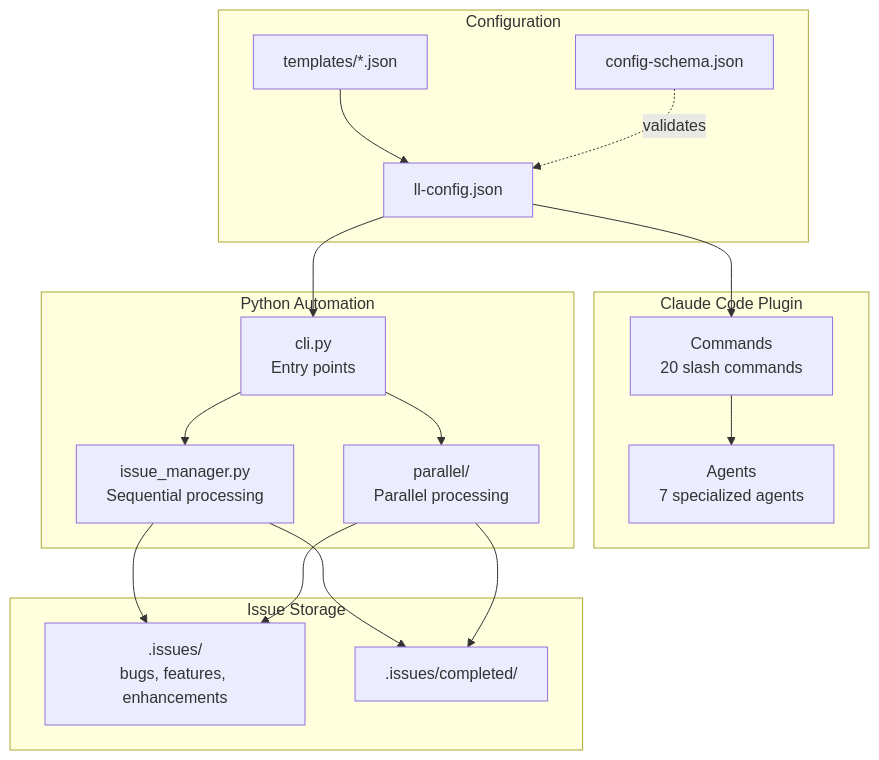
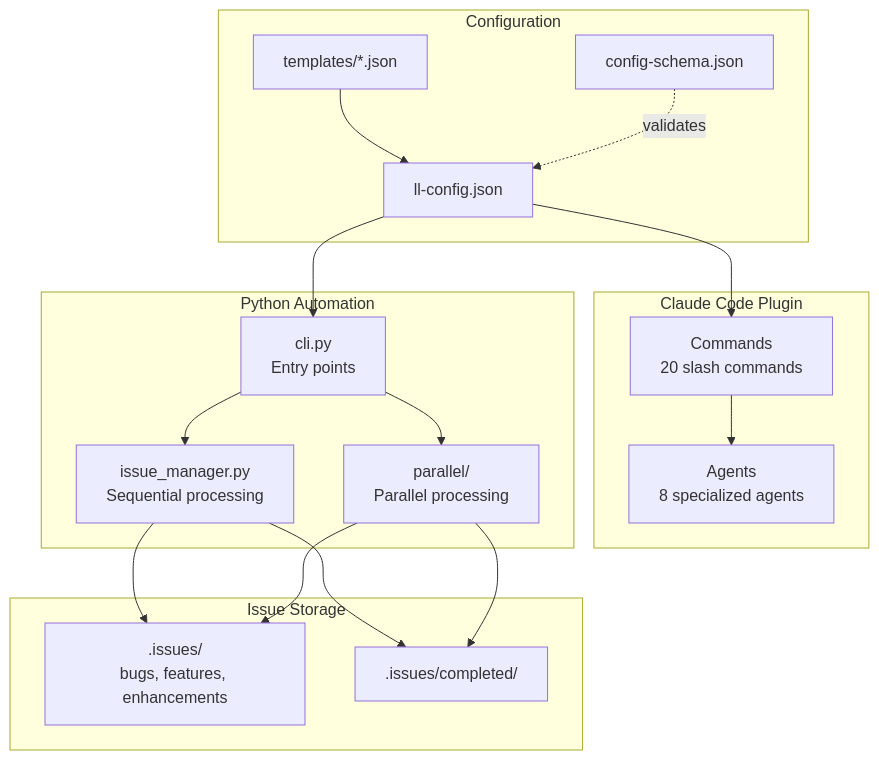
One commit to BrennonTWilliams/little-loops changed the first of 11 diagrams in docs/ARCHITECTURE.md. Above: the diagram before and after it, drawn with Mermaid. The commit also changed other lines of this file and 4 other files, not shown here.

````diff
--- a/docs/ARCHITECTURE.md
+++ b/docs/ARCHITECTURE.md
@@ -21,36 +21,36 @@
 ```mermaid
 flowchart TB
     subgraph "Claude Code Plugin"
         CMD[Commands<br/>20 slash commands]
-        AGT[Agents<br/>7 specialized agents]
+        AGT[Agents<br/>8 specialized agents]
     end
 
     subgraph "Configuration"
         CFG[ll-config.json]
         SCHEMA[config-schema.json]
         TPL[templates/*.json]
     end
 
     subgraph "Python Automation"
         CLI[cli.py<br/>Entry points]
         AUTO[issue_manager.py<br/>Sequential processing]
         PARALLEL[parallel/<br/>Parallel processing]
     end
 
     subgraph "Issue Storage"
         ISSUES[.issues/<br/>bugs, features, enhancements]
         COMPLETED[.issues/completed/]
     end
 
     CFG --> CMD
     TPL --> CFG
     SCHEMA -.->|validates| CFG
     CFG --> CLI
     CMD --> AGT
     CLI --> AUTO
     CLI --> PARALLEL
     AUTO --> ISSUES
     PARALLEL --> ISSUES
     AUTO --> COMPLETED
     PARALLEL --> COMPLETED
 ```
````
